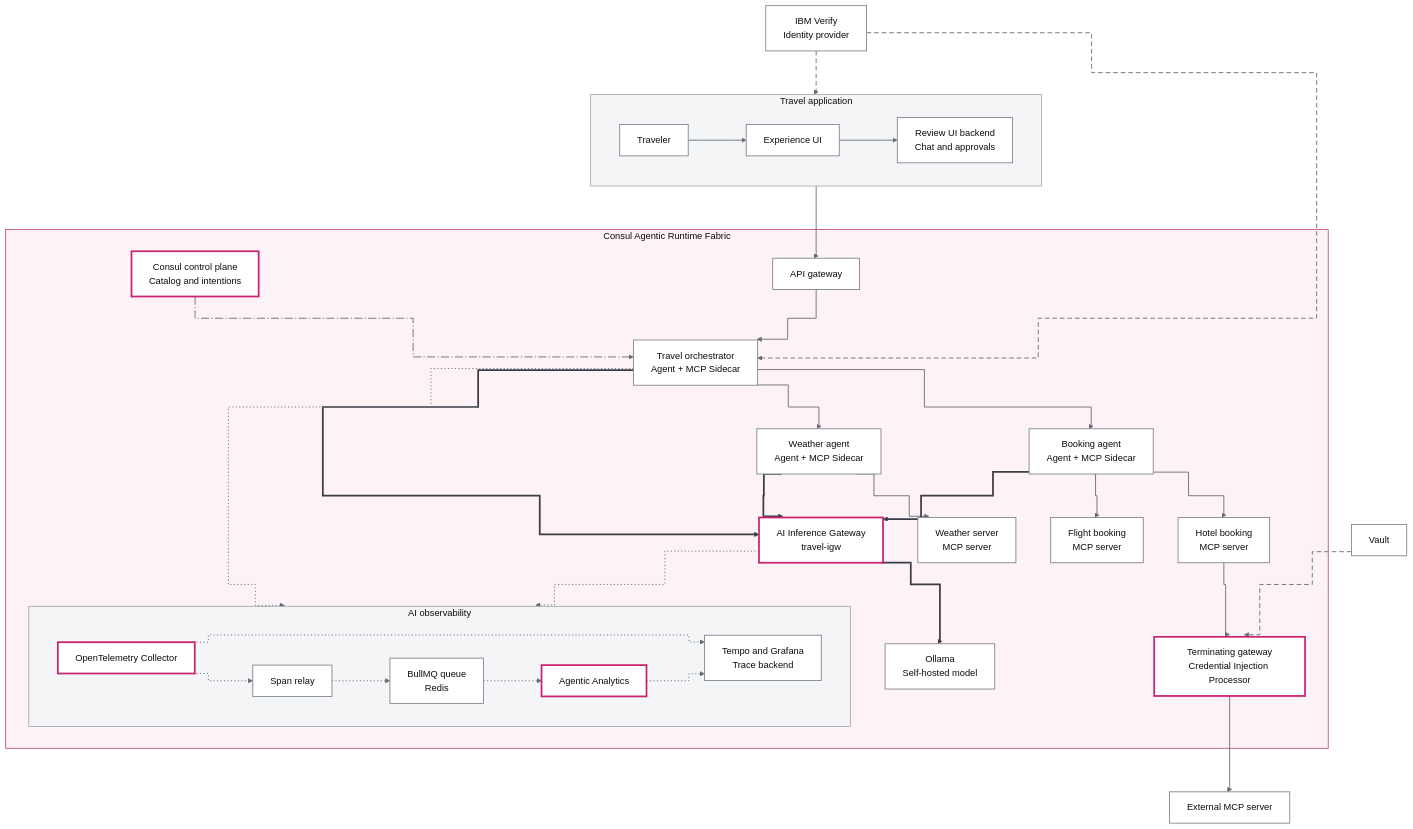
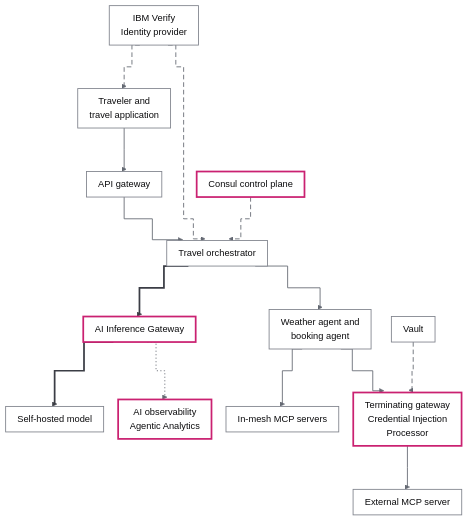
Before and after one commit to hashicorp/web-unified-docs: the diagram in content/consul/v2.1.x/img/agentic-mesh/mermaid-markup/travel-booking-architecture_light.mmd, drawn with Mermaid. The commit also changed 32 other files, not shown here.

First line of the commit message:
Fit the architecture diagrams to the content column

```diff
--- a/content/consul/v2.1.x/img/agentic-mesh/mermaid-markup/travel-booking-architecture_light.mmd
+++ b/content/consul/v2.1.x/img/agentic-mesh/mermaid-markup/travel-booking-architecture_light.mmd
@@ -1,77 +1,42 @@
-%%{init: {"theme":"base","fontFamily":"Helvetica, Arial, sans-serif","flowchart":{"curve":"step","nodeSpacing":60,"rankSpacing":75,"htmlLabels":true},"themeVariables":{"fontFamily":"Helvetica, Arial, sans-serif","fontSize":"16px","background":"#ffffff","primaryColor":"#ffffff","primaryBorderColor":"#80848d","primaryTextColor":"#0c0c0e","lineColor":"#656a73","clusterBkg":"#f4f5f7","clusterBorder":"#80848d","titleColor":"#0c0c0e","edgeLabelBackground":"#ffffff","actorBkg":"#ffffff","actorBorder":"#ca2171","actorTextColor":"#0c0c0e","actorLineColor":"#80848d","signalColor":"#656a73","signalTextColor":"#0c0c0e","noteBkgColor":"#f4f5f7","noteBorderColor":"#80848d","noteTextColor":"#0c0c0e","activationBkgColor":"#fdf2f6","activationBorderColor":"#c1527f","sequenceNumberColor":"#ffffff"},"sequence":{"mirrorActors":false,"width":220,"actorMargin":50,"messageMargin":50,"boxMargin":10,"noteMargin":12,"wrap":true}}}%%
+%%{init: {"theme":"base","fontFamily":"Helvetica, Arial, sans-serif","flowchart":{"curve":"step","nodeSpacing":60,"rankSpacing":75,"htmlLabels":true},"themeVariables":{"fontFamily":"Helvetica, Arial, sans-serif","fontSize":"16px","background":"#ffffff","primaryColor":"#ffffff","primaryBorderColor":"#80848d","primaryTextColor":"#0c0c0e","lineColor":"#656a73","clusterBkg":"#f4f5f7","clusterBorder":"#80848d","titleColor":"#0c0c0e","edgeLabelBackground":"#ffffff","actorBkg":"#ffffff","actorBorder":"#ca2171","actorTextColor":"#0c0c0e","actorLineColor":"#80848d","signalColor":"#656a73","signalTextColor":"#0c0c0e","noteBkgColor":"#f4f5f7","noteBorderColor":"#80848d","noteTextColor":"#0c0c0e","activationBkgColor":"#fdf2f6","activationBorderColor":"#c1527f","sequenceNumberColor":"#ffffff"},"sequence":{"mirrorActors":false,"width":130,"actorMargin":20,"messageMargin":45,"boxMargin":10,"noteMargin":12,"wrap":true,"actorFontSize":15,"messageFontSize":15}}}%%
+%%{init: {"flowchart":{"nodeSpacing":25,"padding":10}}}%%
 flowchart TB
-  subgraph app["Travel application"]
-    direction LR
-    traveler["Traveler"]
-    ui["Experience UI"]
-    review["Review UI backend<br/>Chat and approvals"]
-  end
   idp["IBM Verify<br/>Identity provider"]
+  app["Traveler and<br/>travel application"]
+  cp["Consul control plane"]
+  apigw["API gateway"]
+  orch["Travel orchestrator"]
+  igw["AI Inference Gateway"]
+  model["Self-hosted model"]
+  obs["AI observability<br/>Agentic Analytics"]
+  agents["Weather agent and<br/>booking agent"]
+  mcp["In-mesh MCP servers"]
+  tgw["Terminating gateway<br/>Credential Injection<br/>Processor"]
+  vault["Vault"]
+  ext["External MCP server"]
 
-  subgraph arf["Consul Agentic Runtime Fabric"]
-    cp["Consul control plane<br/>Catalog and intentions"]
-    apigw["API gateway"]
-    orch["Travel orchestrator<br/>Agent + MCP Sidecar"]
-    igw["AI Inference Gateway<br/>travel-igw"]
-    weather["Weather agent<br/>Agent + MCP Sidecar"]
-    booking["Booking agent<br/>Agent + MCP Sidecar"]
-    model["Ollama<br/>Self-hosted model"]
-    wserver["Weather server<br/>MCP server"]
-    flight["Flight booking<br/>MCP server"]
-    hotel["Hotel booking<br/>MCP server"]
-    tgw["Terminating gateway<br/>Credential Injection Processor"]
-    subgraph obs["AI observability"]
-      direction LR
-      otel["OpenTelemetry Collector"]
-      relay["Span relay"]
-      queue["BullMQ queue<br/>Redis"]
-      analytics["Agentic Analytics"]
-      tempo["Tempo and Grafana<br/>Trace backend"]
-    end
-  end
-  vault["Vault"]
-  extmcp["External MCP server"]
-
-  %% Requests and invocations: links 0 to 10
-  traveler --> ui
-  ui --> review
-  review --> apigw
+  %% Requests: links 0 to 5
+  app --> apigw
   apigw --> orch
-  orch --> booking
-  orch --> weather
-  booking --> hotel
-  booking --> flight
-  weather --> wserver
-  hotel --> tgw
-  tgw --> extmcp
-  %% Model access: links 11 to 14
+  orch --> agents
+  agents --> mcp
+  agents --> tgw
+  tgw --> ext
+  %% Model access: links 6 to 7
   orch ==> igw
-  booking ==> igw
-  weather ==> igw
   igw ==> model
-  %% Identity and credentials: links 15 to 17
-  idp -.-> review
+  %% Identity, credentials, and policy: links 8 to 11
+  idp -.-> app
   idp -.-> orch
+  cp -.-> orch
   vault -.-> tgw
-  %% Discovery and policy: link 18
-  cp -.-> orch
-  %% Telemetry and trace access: links 19 to 25
+  %% Telemetry: link 12
   igw -.-> obs
-  orch -.-> obs
-  otel -.-> relay
-  relay -.-> queue
-  queue -.-> analytics
-  otel -.-> tempo
-  analytics -.-> tempo
 
   classDef default fill:#ffffff,stroke:#80848d,stroke-width:1.5px,color:#0c0c0e
   classDef arfc fill:#ffffff,stroke:#ca2171,stroke-width:3px,color:#0c0c0e
-  class igw,tgw,cp,analytics,otel arfc
-  style arf fill:#fdf2f6,stroke:#c1527f,stroke-width:1.5px,color:#0c0c0e
-  style app fill:#f4f5f7,stroke:#80848d,stroke-width:1px,color:#0c0c0e
-  style obs fill:#f4f5f7,stroke:#80848d,stroke-width:1px,color:#0c0c0e
-  linkStyle 0,1,2,3,4,5,6,7,8,9,10 stroke:#656a73,stroke-width:1.5px
-  linkStyle 11,12,13,14 stroke:#3b3d45,stroke-width:3px
-  linkStyle 15,16,17 stroke:#656a73,stroke-width:1.5px,stroke-dasharray:8 5
-  linkStyle 18 stroke:#656a73,stroke-width:1.5px,stroke-dasharray:14 4 2 4
-  linkStyle 19,20,21,22,23,24,25 stroke:#656a73,stroke-width:1.5px,stroke-dasharray:2 4
+  class igw,tgw,cp,obs arfc
+  linkStyle 0,1,2,3,4,5 stroke:#656a73,stroke-width:1.5px
+  linkStyle 6,7 stroke:#3b3d45,stroke-width:3px
+  linkStyle 8,9,10,11 stroke:#656a73,stroke-width:1.5px,stroke-dasharray:8 5
+  linkStyle 12 stroke:#656a73,stroke-width:1.5px,stroke-dasharray:2 4
```
